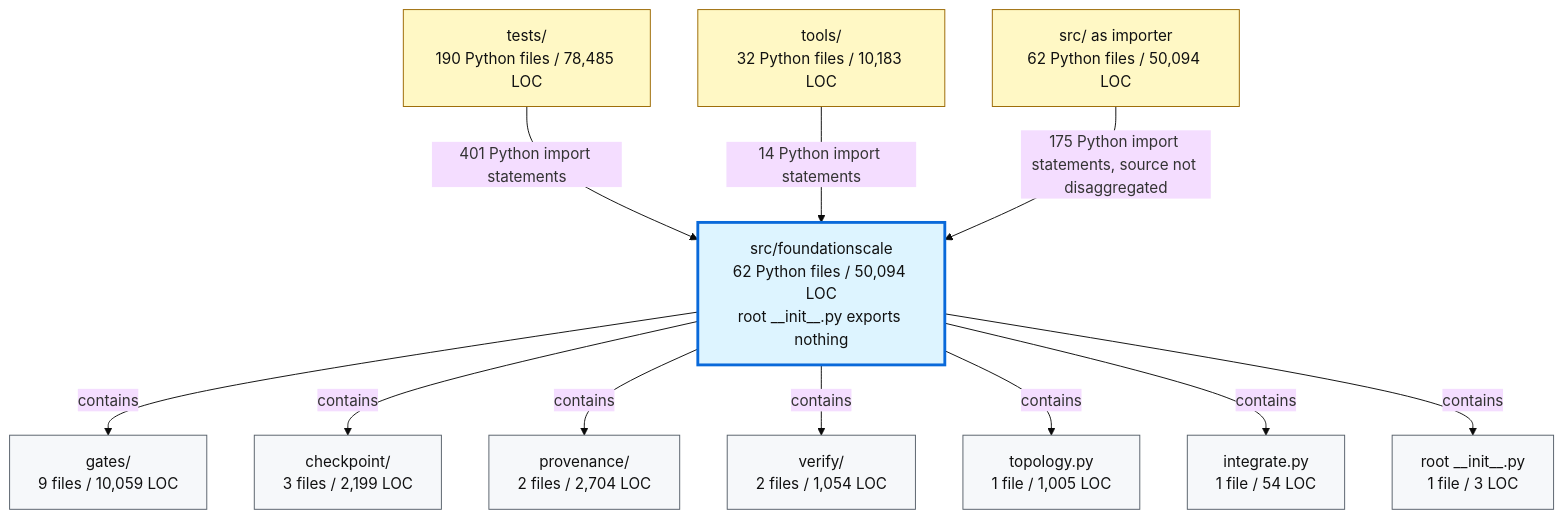
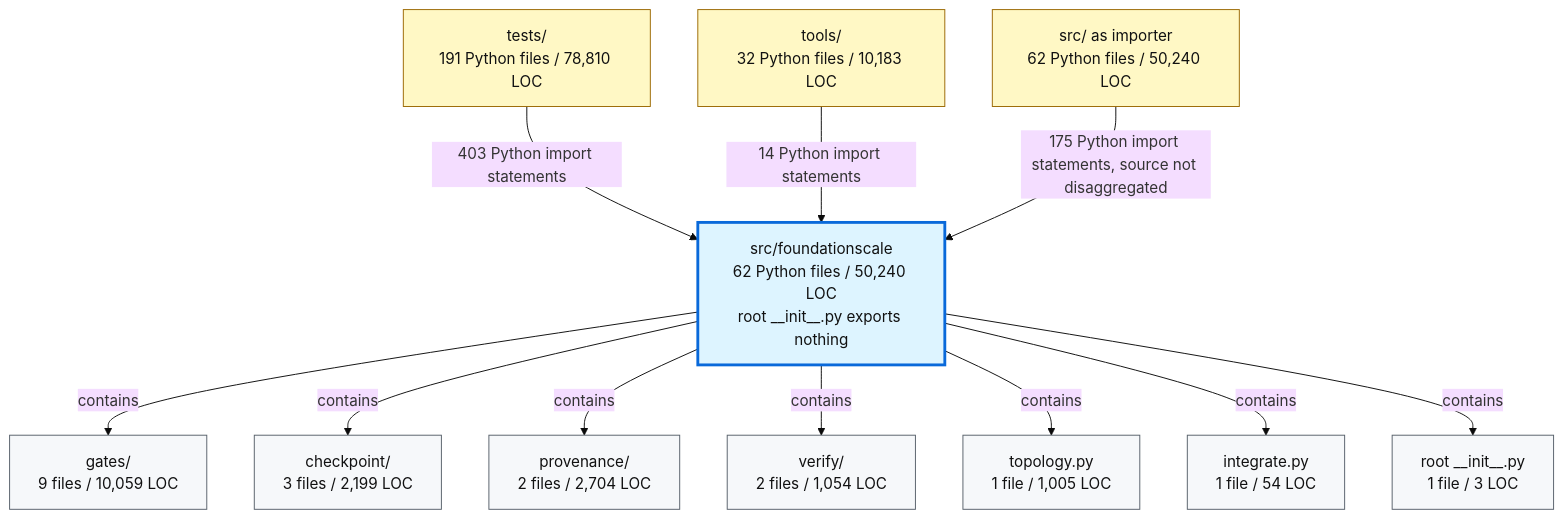
Before and after one commit to TranNhiem/FoundationScale: the second of 2 diagrams in docs/review/D2_current_architecture.md, drawn with Mermaid (base theme). The commit also changed other lines of this file and 16 other files, not shown here.

````diff
--- a/docs/review/D2_current_architecture.md
+++ b/docs/review/D2_current_architecture.md
@@ -97,36 +97,36 @@
 ```mermaid
 flowchart TB
-  TESTS["tests/<br/>190 Python files / 78,485 LOC"]
+  TESTS["tests/<br/>191 Python files / 78,810 LOC"]
   TOOLS["tools/<br/>32 Python files / 10,183 LOC"]
-  SRC["src/ as importer<br/>62 Python files / 50,094 LOC"]
+  SRC["src/ as importer<br/>62 Python files / 50,240 LOC"]
 
-  FS["src/foundationscale<br/>62 Python files / 50,094 LOC<br/>root __init__.py exports nothing"]
+  FS["src/foundationscale<br/>62 Python files / 50,240 LOC<br/>root __init__.py exports nothing"]
 
   GATES["gates/<br/>9 files / 10,059 LOC"]
   CKPT["checkpoint/<br/>3 files / 2,199 LOC"]
   PROV["provenance/<br/>2 files / 2,704 LOC"]
   VERIFY["verify/<br/>2 files / 1,054 LOC"]
   TOPO["topology.py<br/>1 file / 1,005 LOC"]
   INTEG["integrate.py<br/>1 file / 54 LOC"]
   ROOT["root __init__.py<br/>1 file / 3 LOC"]
 
-  TESTS -->|"401 Python import statements"| FS
+  TESTS -->|"403 Python import statements"| FS
   TOOLS -->|"14 Python import statements"| FS
   SRC -->|"175 Python import statements, source not disaggregated"| FS
 
   FS -->|"contains"| GATES
   FS -->|"contains"| CKPT
   FS -->|"contains"| PROV
   FS -->|"contains"| VERIFY
   FS -->|"contains"| TOPO
   FS -->|"contains"| INTEG
   FS -->|"contains"| ROOT
 
   classDef consumer fill:#fff8c5,stroke:#9a6700,color:#111;
   classDef package fill:#ddf4ff,stroke:#0969da,stroke-width:3px,color:#111;
   classDef module fill:#f6f8fa,stroke:#57606a,color:#111;
 
   class TESTS,TOOLS,SRC consumer;
   class FS package;
   class GATES,CKPT,PROV,VERIFY,TOPO,INTEG,ROOT module;
 ```
````
